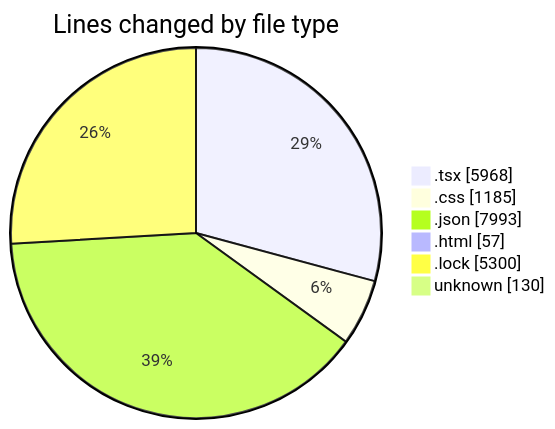
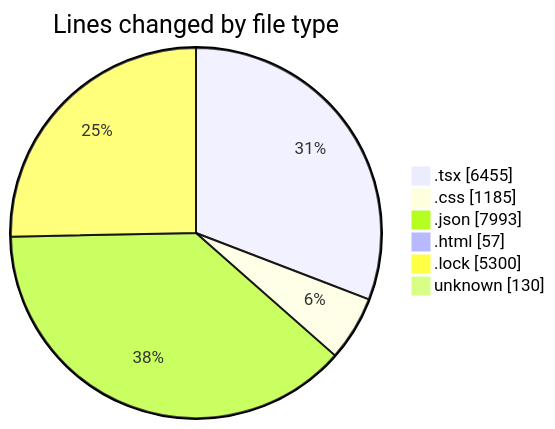
The first of 2 diagrams in 2025-08-12/ribbon/README.md (EIIisD/code-tracking), drawn with Mermaid before and after one commit. The commit also changed other lines of this file and 1 other file, not shown here.

````diff
--- a/2025-08-12/ribbon/README.md
+++ b/2025-08-12/ribbon/README.md
@@ -45,10 +47,10 @@
 ```mermaid
 pie showData
 title Lines changed by file type
-".tsx" : 5968
+".tsx" : 6455
 ".css" : 1185
 ".json" : 7993
 ".html" : 57
 ".lock" : 5300
 "unknown" : 130
 ```
````
